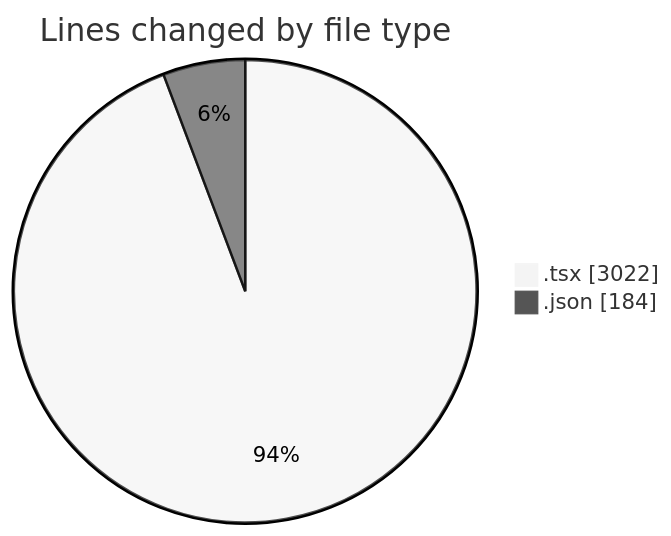
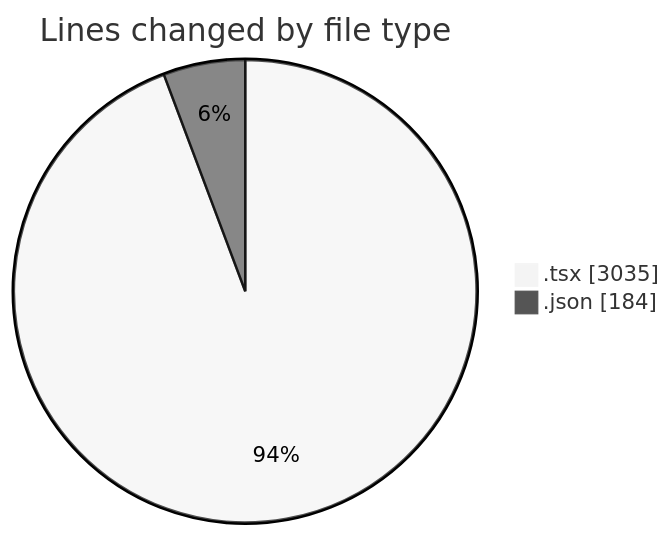
The first of 2 diagrams in 2025-11-21/cda/README.md (momahboobian/code-tracking), drawn with Mermaid (neutral theme) before and after one commit. The commit also changed other lines of this file and 1 other file, not shown here.

````diff
--- a/2025-11-21/cda/README.md
+++ b/2025-11-21/cda/README.md
@@ -25,6 +25,6 @@
 ```mermaid
 pie showData
 title Lines changed by file type
-".tsx" : 3022
+".tsx" : 3035
 ".json" : 184
 ```
````
